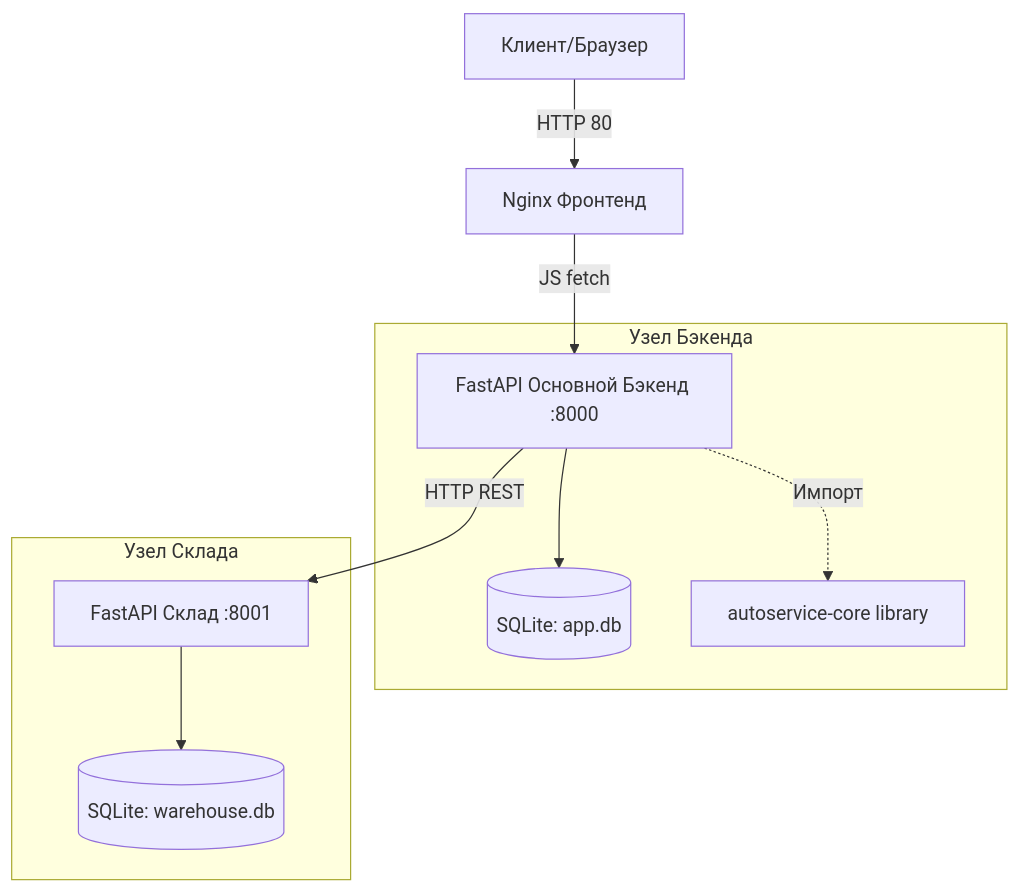
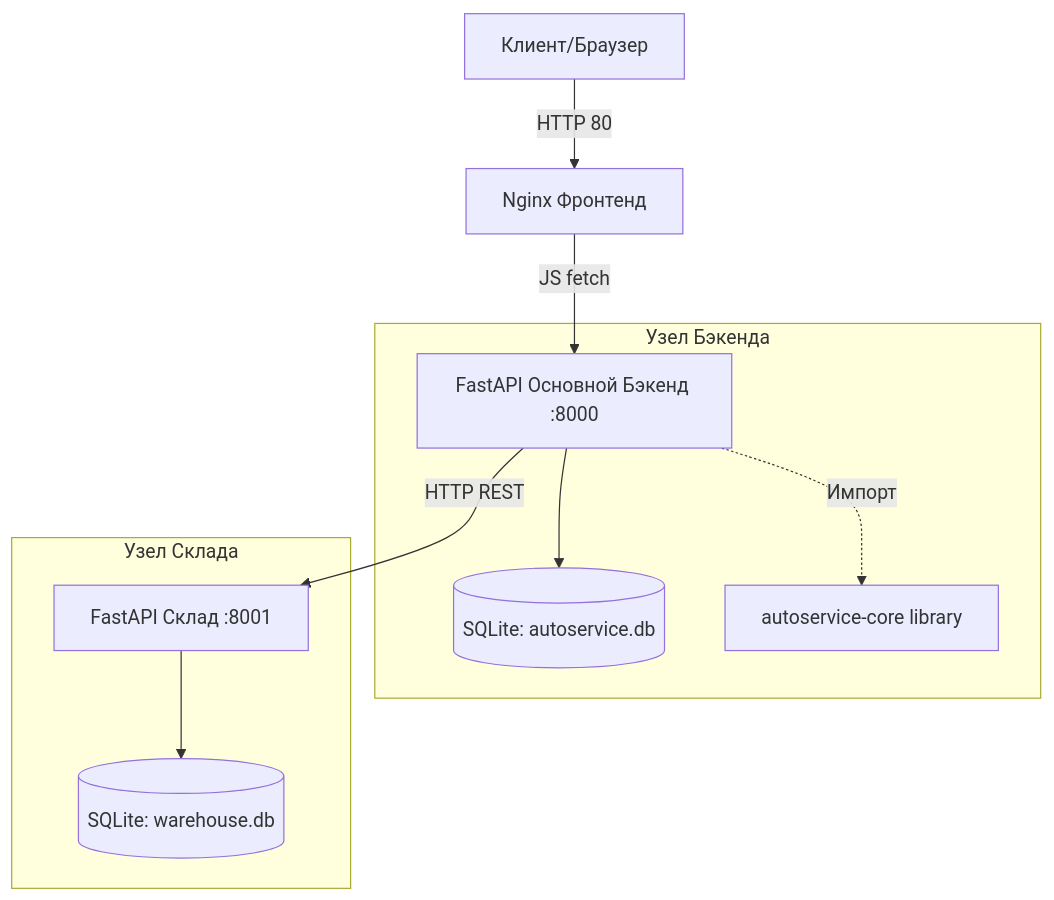
One commit to DemiusHTTV/AuthoServiceProject changed the diagram in docs/ARCHITECTURE.md. Above: the diagram before and after it, drawn with Mermaid. The commit also changed other lines of this file and 8 other files, not shown here.

Commit message:
add bonus payment flow in app and refresh docs

````diff
--- a/docs/ARCHITECTURE.md
+++ b/docs/ARCHITECTURE.md
@@ -7,16 +7,16 @@
 ```mermaid
 graph TD
     Client[Клиент/Браузер] -->|HTTP 80| Nginx[Nginx Фронтенд]
     Nginx -->|JS fetch| Backend[FastAPI Основной Бэкенд :8000]
     
     subgraph "Узел Бэкенда"
-        Backend --> DB_App[(SQLite: app.db)]
+        Backend --> DB_App[(SQLite: autoservice.db)]
         Backend -.->|Импорт| Core[autoservice-core library]
     end
     
     subgraph "Узел Склада"
         Warehouse[FastAPI Склад :8001] --> DB_Wh[(SQLite: warehouse.db)]
     end
     
     Backend -->|HTTP REST| Warehouse
 ```
````
